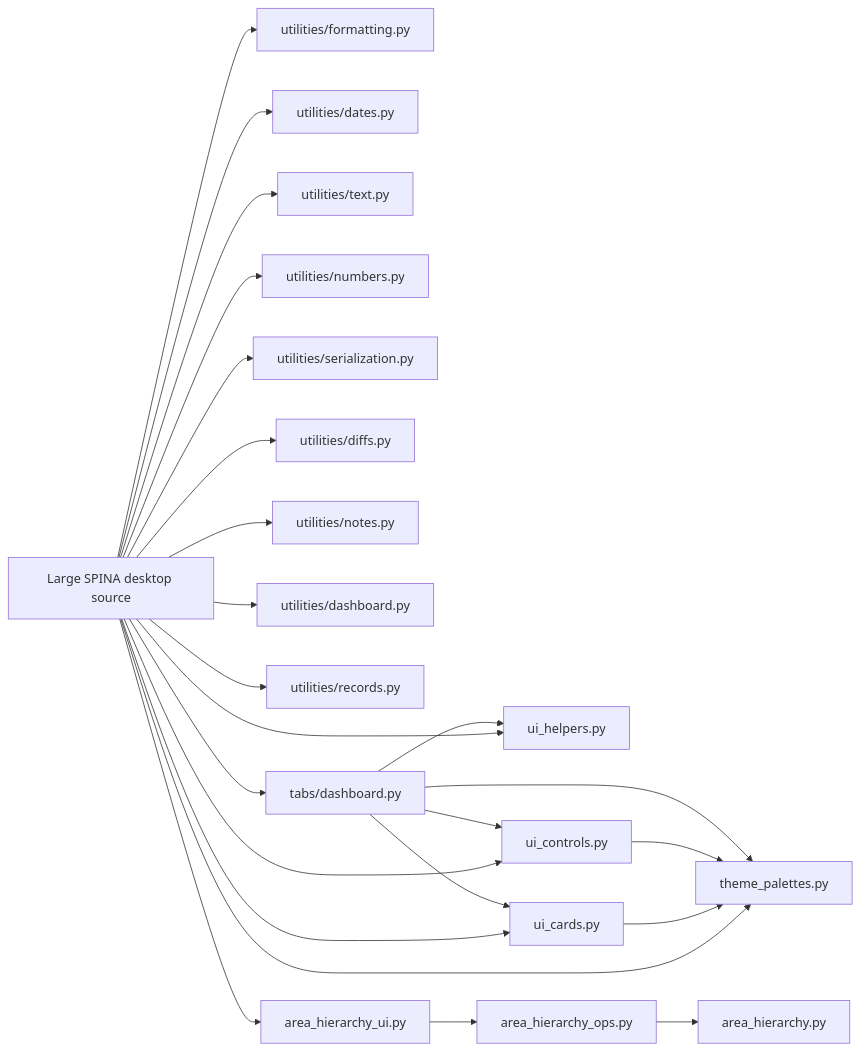
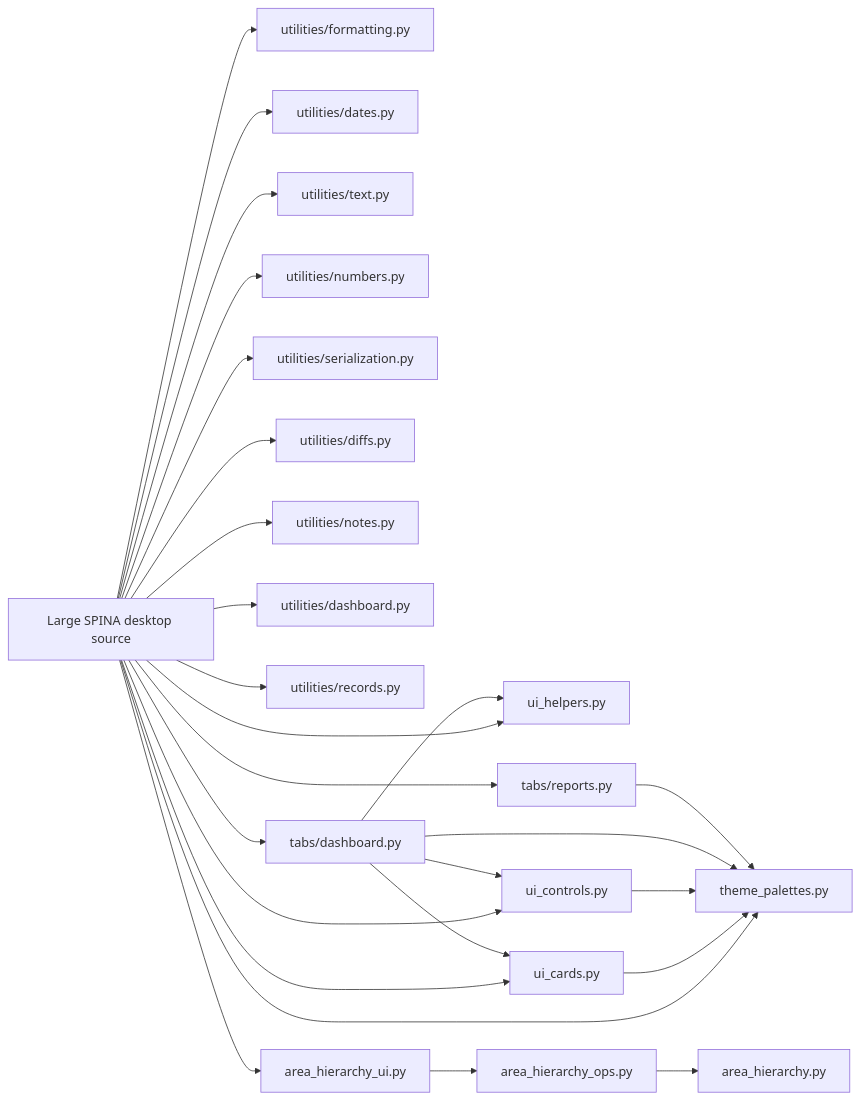
One commit to GILBIC/spina-lending-app changed the diagram in docs/modularization-map.md. Above: the diagram before and after it, drawn with Mermaid. The commit also changed other lines of this file, not shown here.

````diff
--- a/docs/modularization-map.md
+++ b/docs/modularization-map.md
@@ -25,31 +25,33 @@
 ```mermaid
 flowchart LR
     APP[Large SPINA desktop source]
 
     APP --> FMT[utilities/formatting.py]
     APP --> DATE[utilities/dates.py]
     APP --> TEXT[utilities/text.py]
     APP --> NUM[utilities/numbers.py]
     APP --> SER[utilities/serialization.py]
     APP --> DIFF[utilities/diffs.py]
     APP --> NOTES[utilities/notes.py]
     APP --> DASHU[utilities/dashboard.py]
     APP --> REC[utilities/records.py]
 
     APP --> UIH[ui_helpers.py]
     APP --> PAL[theme_palettes.py]
     APP --> UIC[ui_cards.py]
     APP --> UICTL[ui_controls.py]
     APP --> TABDASH[tabs/dashboard.py]
+    APP --> TABREPORTS[tabs/reports.py]
 
     UIC --> PAL
     UICTL --> PAL
     TABDASH --> PAL
     TABDASH --> UIC
     TABDASH --> UICTL
     TABDASH --> UIH
+    TABREPORTS --> PAL
 
     APP --> AUI[area_hierarchy_ui.py]
     AUI --> AOPS[area_hierarchy_ops.py]
     AOPS --> AH[area_hierarchy.py]
 ```
````
